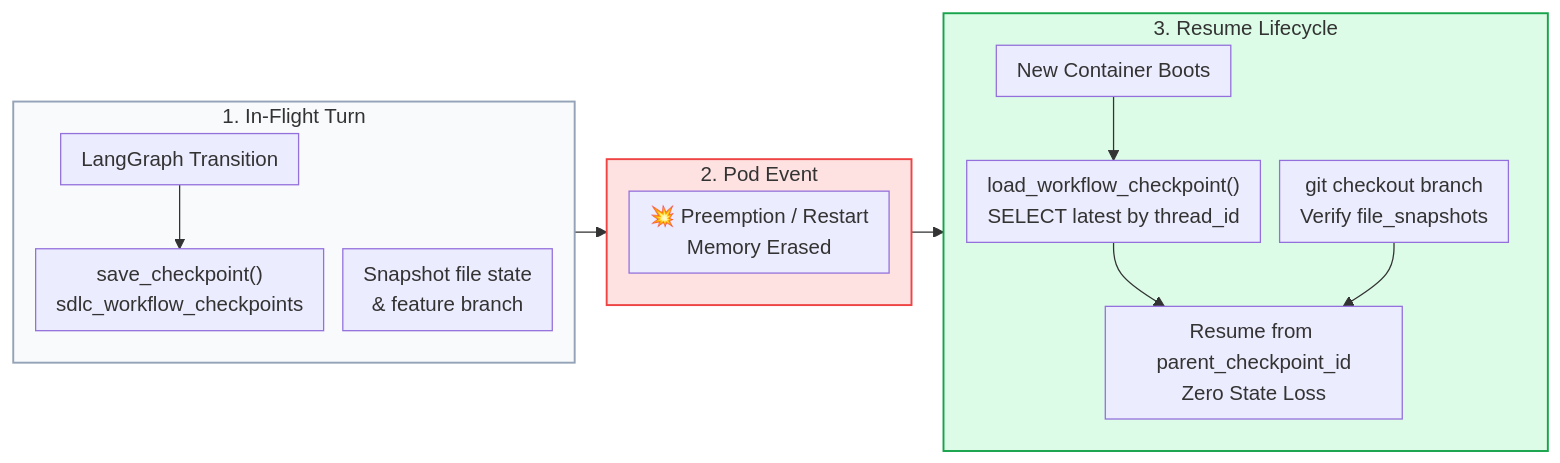
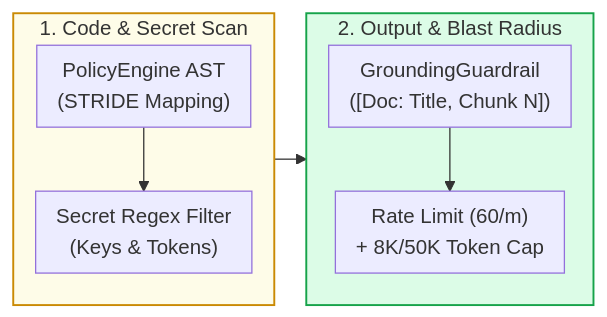
Diagram 11 of 12 in README.md (Kenono2000/enterprise-rag-pgvector-rbac), drawn with Mermaid before and after one commit. The commit also changed other lines of this file, not shown here.

Commit message:
docs: update README navigation, diagrams, and section numbering

````diff
--- a/README.md
+++ b/README.md
@@ -446,24 +316,15 @@
 ```mermaid
 %%{init: {'flowchart': {'nodeSpacing': 15, 'rankSpacing': 25, 'padding': 8}}}%%
 flowchart LR
-    subgraph PreCrash ["1. In-Flight Turn"]
+    subgraph Static ["1. Code &amp; Secret Scan"]
         direction TB
-        Node["LangGraph Transition"] --> Save["save_checkpoint()<br/>sdlc_workflow_checkpoints"]
-        Snap["Snapshot file state<br/>&amp; feature branch"]
+        AST["PolicyEngine AST<br/>(STRIDE Mapping)"] --> Secret["Secret Regex Filter<br/>(Keys &amp; Tokens)"]
     end
-    subgraph Event ["2. Pod Event"]
+    subgraph Runtime ["2. Output &amp; Blast Radius"]
         direction TB
-        Crash["💥 Preemption / Restart<br/>Memory Erased"]
+        Ground["GroundingGuardrail<br/>([Doc: Title, Chunk N])"] --> Limit["Rate Limit (60/m)<br/>+ 8K/50K Token Cap"]
     end
-    subgraph PostResume ["3. Resume Lifecycle"]
-        direction TB
-        Boot["New Container Boots"] --> Load["load_workflow_checkpoint()<br/>SELECT latest by thread_id"]
-        Git["git checkout branch<br/>Verify file_snapshots"]
-        Load --> Resume["Resume from parent_checkpoint_id<br/>Zero State Loss"]
-        Git --> Resume
-    end
-    PreCrash --> Event --> PostResume
-    style PreCrash fill:#f8fafc,stroke:#94a3b8,stroke-width:1.5px
-    style Event fill:#fee2e2,stroke:#ef4444,stroke-width:1.5px
-    style PostResume fill:#dcfce7,stroke:#16a34a,stroke-width:1.5px
+    Static --> Runtime
+    style Static fill:#fefce8,stroke:#ca8a04,stroke-width:1.5px
+    style Runtime fill:#dcfce7,stroke:#16a34a,stroke-width:1.5px
 ```
````
